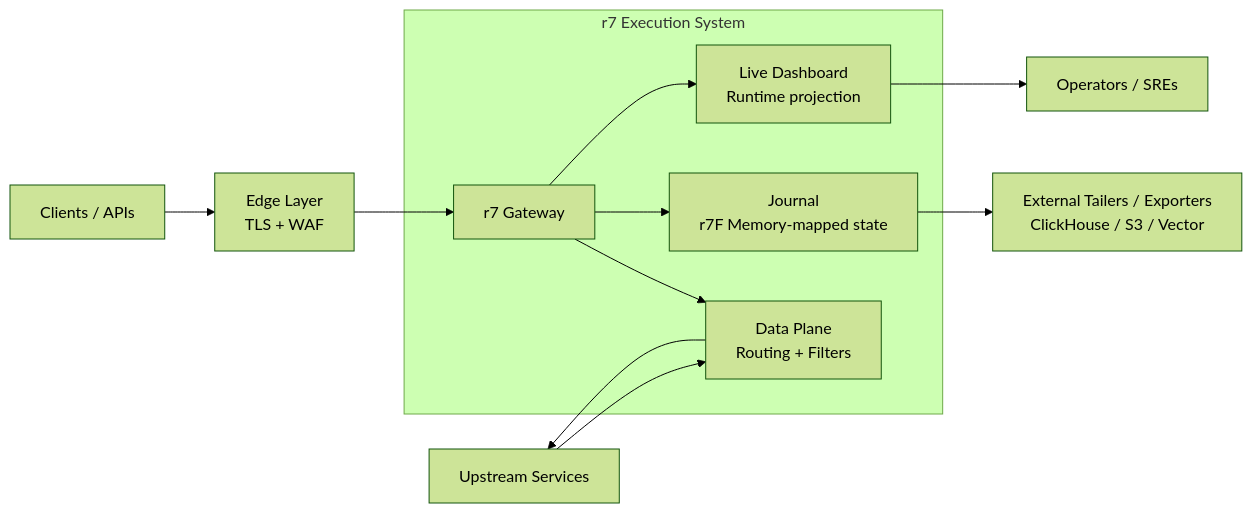
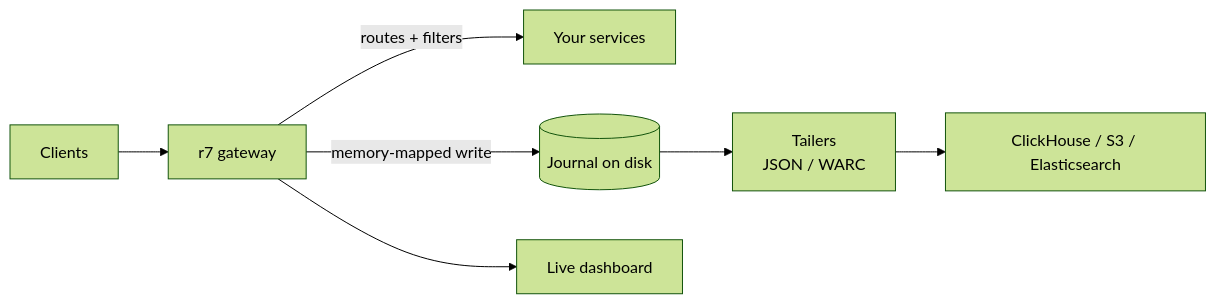
The diagram in docs/index.md (ethlo/r7), drawn with Mermaid (forest theme) before and after one commit. The commit also changed other lines of this file and 2 other files, not shown here.

````diff
--- a/docs/index.md
+++ b/docs/index.md
@@ -9,31 +135,9 @@
 ```mermaid
 graph LR
-
-%% External systems (top / context)
-Up[Upstream Services]
-
-Client[Clients / APIs] --> Edge[Edge Layer<br/>TLS + WAF]
-Edge --> R7[r7 Gateway]
-
-Up --> DP
-
-%% r7 core
-subgraph CORE[r7 Execution System]
-
-DP[Data Plane<br/>Routing + Filters]
-JOURNAL[Journal<br/>r7F Memory-mapped state]
-DASH[Live Dashboard<br/>Runtime projection]
-
-R7 --> DP
-R7 --> JOURNAL
-R7 --> DASH
-
-end
-
-DP --> Up
-
-%% right-side consumers
-JOURNAL --> Exp[External Tailers / Exporters<br/>ClickHouse / S3 / Vector]
-
-DASH --> Ops[Operators / SREs]
-``` 
+    Client[Clients] --> R7[r7 gateway]
+    R7 -->|routes + filters| Up[Your services]
+    R7 -->|memory-mapped write| Journal[(Journal on disk)]
+    Journal --> Tailers[Tailers<br/>JSON / WARC]
+    Tailers --> Store[ClickHouse / S3 / Elasticsearch]
+    R7 --> Dash[Live dashboard]
+```
````
